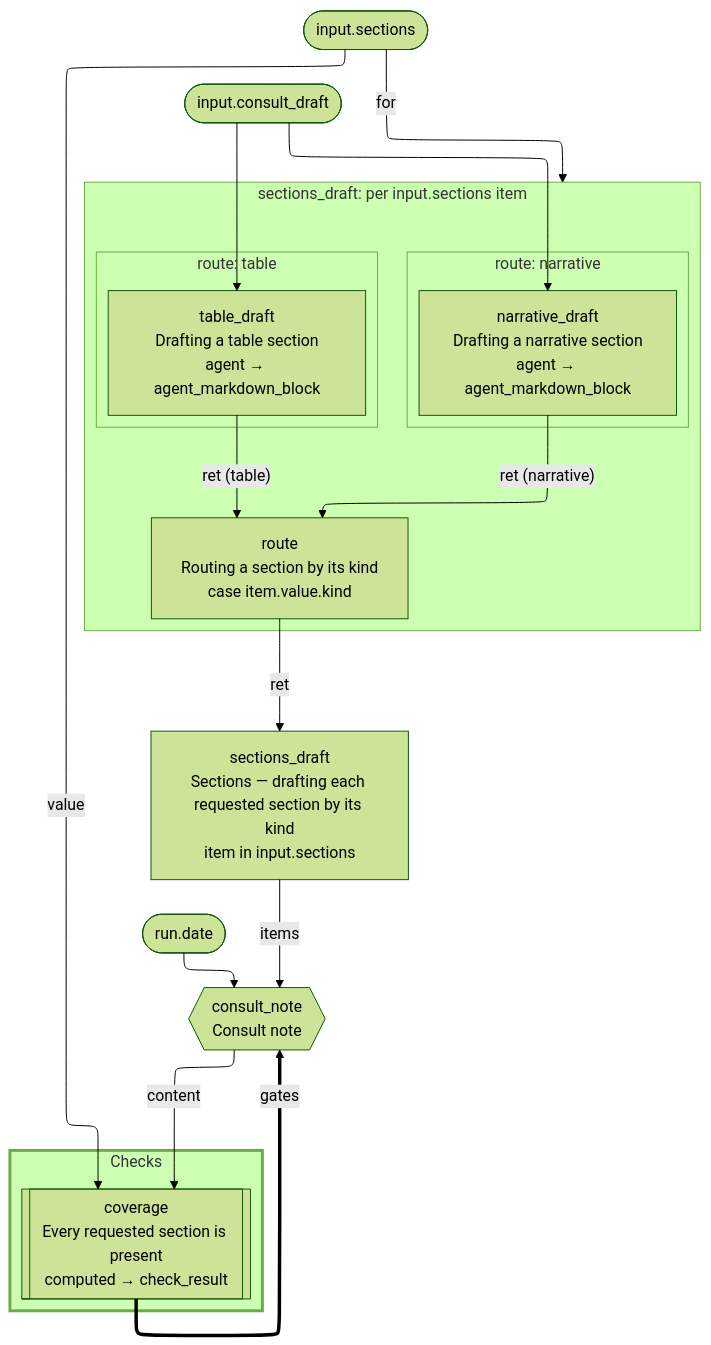
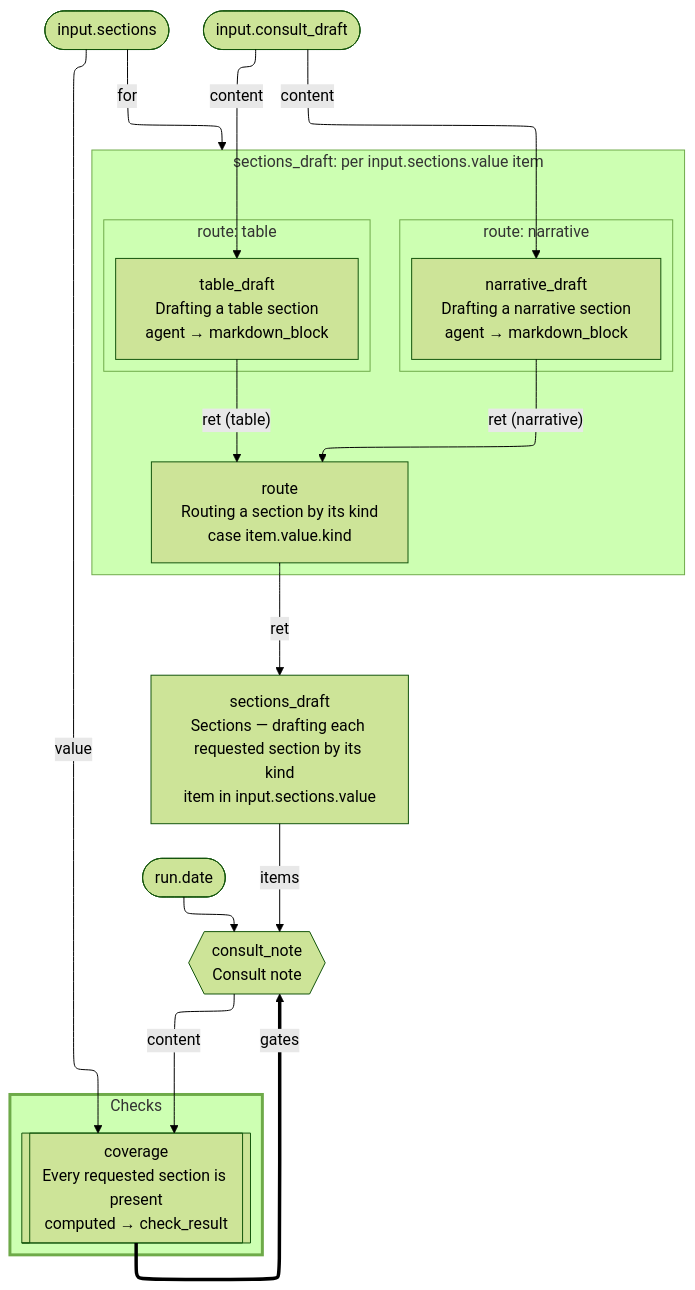
The first of 3 diagrams in docs/customizable-workflow/package-format-v31/09-engine-and-pages.md (Consultologist/Consultologist-Blazor), drawn with Mermaid (forest theme) before and after one commit. The commit also changed other lines of this file and 3 other files, not shown here.

````diff
--- a/docs/customizable-workflow/package-format-v31/09-engine-and-pages.md
+++ b/docs/customizable-workflow/package-format-v31/09-engine-and-pages.md
@@ -637,40 +663,40 @@
 ```mermaid
 ---
 config:
   layout: elk
 ---
 flowchart TD
-    input_sections(["input.sections"])
-    input_consult_draft(["input.consult_draft"])
-    run_date(["run.date"])
+    input__sections(["input.sections"])
+    input__consult_draft(["input.consult_draft"])
+    run__date(["run.date"])
 
-    subgraph for_sections_draft["sections_draft: per input.sections item"]
-        subgraph case_route_branch_1["route: narrative"]
-            narrative_draft["narrative_draft<br/>Drafting a narrative section<br/>agent → agent_markdown_block"]
+    subgraph for_node__sections_draft["sections_draft: per input.sections.value item"]
+        subgraph case_node__sections_draft__route_branch_1["route: narrative"]
+            node__sections_draft__route__narrative_draft["narrative_draft<br/>Drafting a narrative section<br/>agent → markdown_block"]
         end
-        subgraph case_route_branch_2["route: table"]
-            table_draft["table_draft<br/>Drafting a table section<br/>agent → agent_markdown_block"]
+        subgraph case_node__sections_draft__route_branch_2["route: table"]
+            node__sections_draft__route__table_draft["table_draft<br/>Drafting a table section<br/>agent → markdown_block"]
         end
-        route["route<br/>Routing a section by its kind<br/>case item.value.kind"]
+        node__sections_draft__route["route<br/>Routing a section by its kind<br/>case item.value.kind"]
     end
-    sections_draft["sections_draft<br/>Sections — drafting each requested section by its kind<br/>item in input.sections"]
+    node__sections_draft["sections_draft<br/>Sections — drafting each requested section by its kind<br/>item in input.sections.value"]
 
     subgraph checks["Checks"]
-        coverage[["coverage<br/>Every requested section is present<br/>computed → check_result"]]
+        check__coverage[["coverage<br/>Every requested section is present<br/>computed → check_result"]]
     end
 
-    result_consult_note{{"consult_note<br/>Consult note"}}
+    deliverable__consult_note{{"consult_note<br/>Consult note"}}
 
-    input_consult_draft --> narrative_draft
-    input_consult_draft --> table_draft
-    narrative_draft -->|"ret (narrative)"| route
-    table_draft -->|"ret (table)"| route
-    input_sections -->|"for"| for_sections_draft
-    route -->|"ret"| sections_draft
-    sections_draft -->|"items"| result_consult_note
-    run_date --> result_consult_note
-    result_consult_note -->|"content"| coverage
-    input_sections -->|"value"| coverage
-    coverage ==>|"gates"| result_consult_note
+    input__consult_draft -->|"content"| node__sections_draft__route__narrative_draft
+    input__consult_draft -->|"content"| node__sections_draft__route__table_draft
+    node__sections_draft__route__narrative_draft -->|"ret (narrative)"| node__sections_draft__route
+    node__sections_draft__route__table_draft -->|"ret (table)"| node__sections_draft__route
+    input__sections -->|"for"| for_node__sections_draft
+    node__sections_draft__route -->|"ret"| node__sections_draft
+    node__sections_draft -->|"items"| deliverable__consult_note
+    run__date --> deliverable__consult_note
+    deliverable__consult_note -->|"content"| check__coverage
+    input__sections -->|"value"| check__coverage
+    check__coverage ==>|"gates"| deliverable__consult_note
     style checks stroke-width:3px
 ```
````
